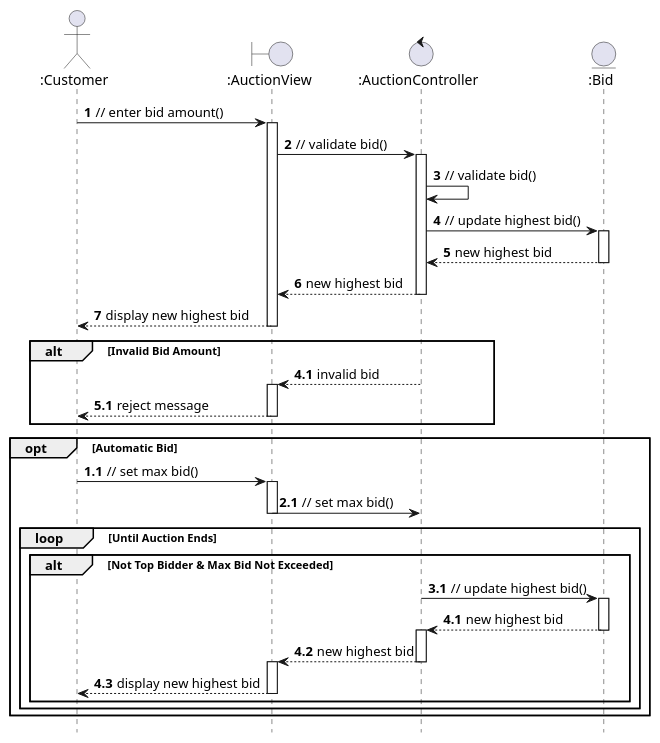
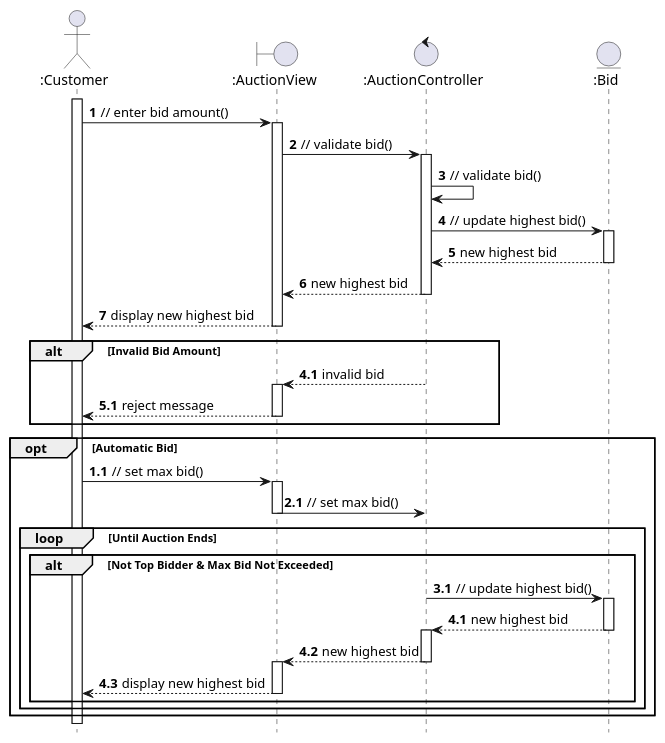
One commit to anhbanlinhle/velocity-exchange changed the diagram in uml/analysis/sequence/place_bid.pu. Above: the diagram before and after it, drawn with PlantUML. The commit also changed 5 other files, not shown here.

```diff
--- a/uml/analysis/sequence/place_bid.pu
+++ b/uml/analysis/sequence/place_bid.pu
@@ -1,59 +1,59 @@
 @startuml
 hide footbox
 
 autonumber
 
 actor ":Customer" as Customer
 boundary ":AuctionView" as AuctionView
 control ":AuctionController" as AuctionController
 entity ":Bid" as Bid
-
+Customer ++
   Customer -> AuctionView : // enter bid amount()
   activate AuctionView
     AuctionView -> AuctionController : // validate bid()
     activate AuctionController
       AuctionController -> AuctionController : // validate bid()
       AuctionController -> Bid : // update highest bid()
       activate Bid
         Bid --> AuctionController : new highest bid
       deactivate Bid
       AuctionController --> AuctionView : new highest bid
     deactivate AuctionController
     AuctionView --> Customer : display new highest bid
   deactivate AuctionView
 
 alt Invalid Bid Amount
   autonumber 4.1
   AuctionController --> AuctionView : invalid bid
   autonumber inc A
   activate AuctionView
     AuctionView --> Customer : reject message
   deactivate AuctionView
 end
 
 opt Automatic Bid
   autonumber 1.1
     Customer -> AuctionView : // set max bid()
     autonumber inc A
     activate AuctionView
       AuctionView -> AuctionController : // set max bid()
       autonumber inc A
     deactivate AuctionView
     loop Until Auction Ends
       alt Not Top Bidder & Max Bid Not Exceeded
         AuctionController -> Bid : // update highest bid()
         autonumber inc A
         activate Bid
           Bid --> AuctionController : new highest bid
         deactivate Bid
         activate AuctionController
           AuctionController --> AuctionView : new highest bid
         deactivate AuctionController
         activate AuctionView
           AuctionView --> Customer : display new highest bid
         deactivate AuctionView
       end
     end
 end
 
 @enduml
```
